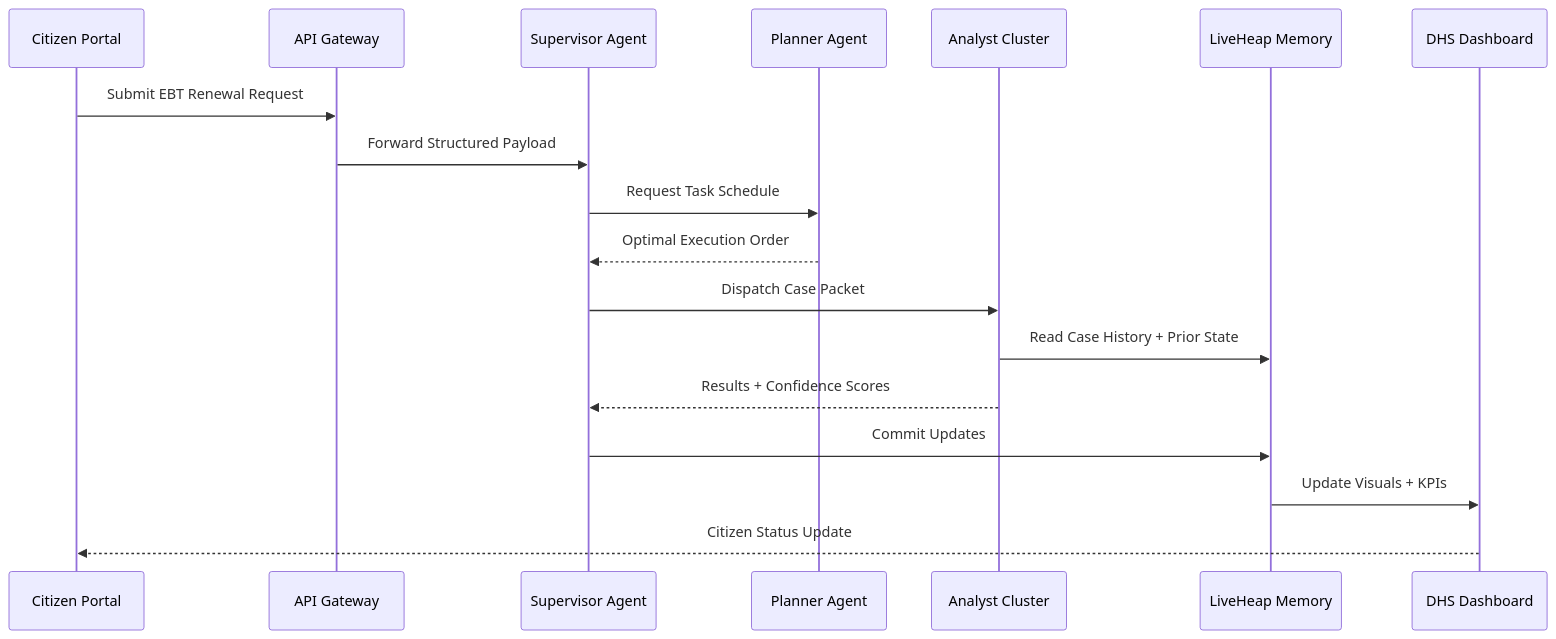
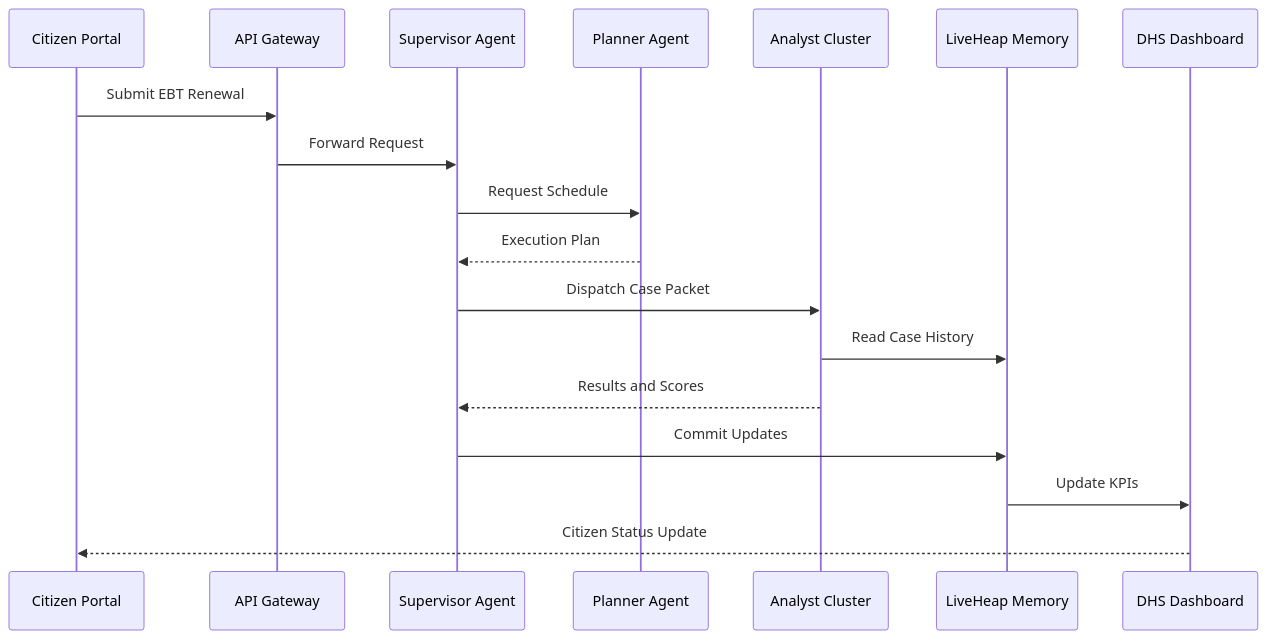
The fourth of 6 diagrams in docs/EBT_LIVEHEAP_SYSTEM_DESIGN.md (jfbinTECHA/brain-swarm), drawn with Mermaid before and after one commit. The commit also changed other lines of this file and 2 other files, not shown here.

Commit message:
Fix Mermaid diagrams for GitHub compatibility (remove emojis and <br> tags)

````diff
--- a/docs/EBT_LIVEHEAP_SYSTEM_DESIGN.md
+++ b/docs/EBT_LIVEHEAP_SYSTEM_DESIGN.md
@@ -90,20 +90,20 @@
 ```mermaid
 sequenceDiagram
     participant Portal as Citizen Portal
     participant Gateway as API Gateway
     participant Supervisor as Supervisor Agent
     participant Planner as Planner Agent
     participant Analyst as Analyst Cluster
     participant Heap as LiveHeap Memory
     participant Dashboard as DHS Dashboard
-    Portal->>Gateway: Submit EBT Renewal Request
-    Gateway->>Supervisor: Forward Structured Payload
-    Supervisor->>Planner: Request Task Schedule
-    Planner-->>Supervisor: Optimal Execution Order
+    Portal->>Gateway: Submit EBT Renewal
+    Gateway->>Supervisor: Forward Request
+    Supervisor->>Planner: Request Schedule
+    Planner-->>Supervisor: Execution Plan
     Supervisor->>Analyst: Dispatch Case Packet
-    Analyst->>Heap: Read Case History + Prior State
-    Analyst-->>Supervisor: Results + Confidence Scores
+    Analyst->>Heap: Read Case History
+    Analyst-->>Supervisor: Results and Scores
     Supervisor->>Heap: Commit Updates
-    Heap->>Dashboard: Update Visuals + KPIs
+    Heap->>Dashboard: Update KPIs
     Dashboard-->>Portal: Citizen Status Update
 ```
````
